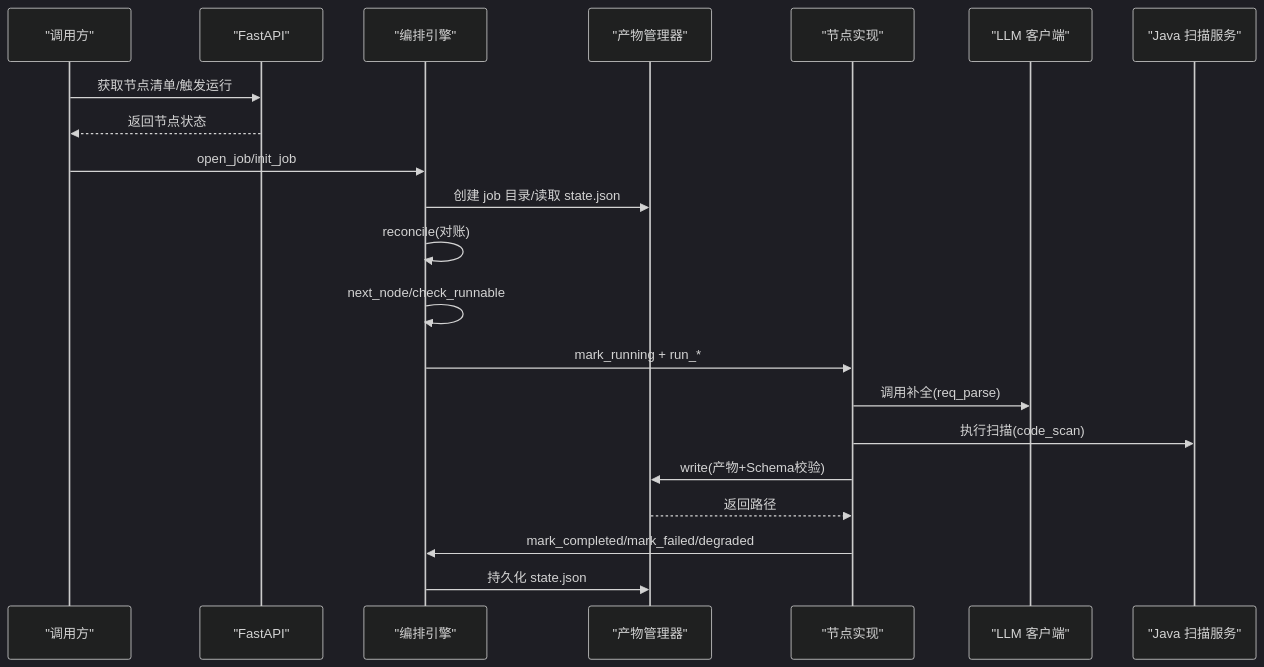
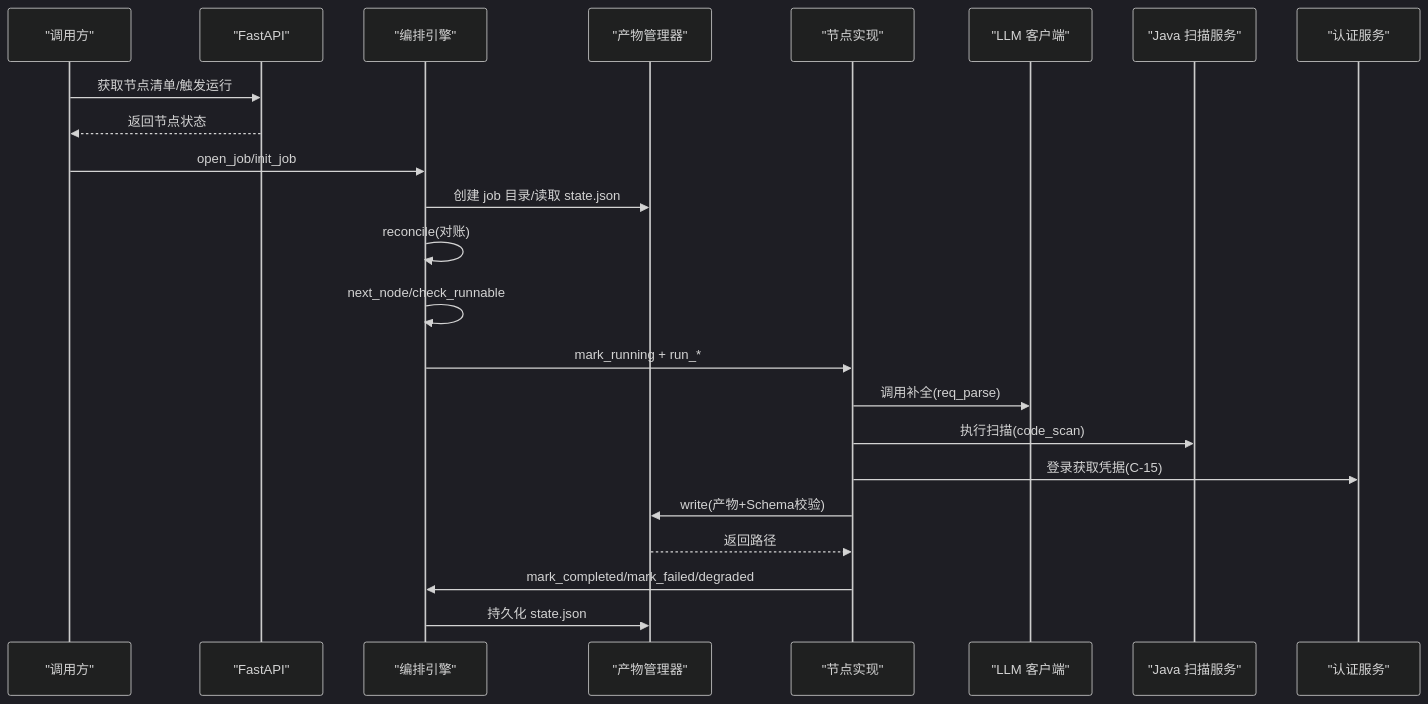
Before and after one commit to Joeyzheng001/LLM-AutoTest: the second of 11 diagrams in .qoder/repowiki/zh/content/项目概述/核心功能特性/核心功能特性.md, drawn with Mermaid (dark theme). The commit also changed other lines of this file and 94 other files, not shown here.

````diff
--- a/.qoder/repowiki/zh/content/项目概述/核心功能特性/核心功能特性.md
+++ b/.qoder/repowiki/zh/content/项目概述/核心功能特性/核心功能特性.md
@@ -89,23 +115,25 @@
 ```mermaid
 sequenceDiagram
 participant Client as "调用方"
 participant API as "FastAPI"
 participant Engine as "编排引擎"
 participant Store as "产物管理器"
 participant Node as "节点实现"
 participant LLM as "LLM 客户端"
 participant JP as "Java 扫描服务"
+participant Auth as "认证服务"
 Client->>API : 获取节点清单/触发运行
 API-->>Client : 返回节点状态
 Client->>Engine : open_job/init_job
 Engine->>Store : 创建 job 目录/读取 state.json
 Engine->>Engine : reconcile(对账)
 Engine->>Engine : next_node/check_runnable
 Engine->>Node : mark_running + run_*
 Node->>LLM : 调用补全(req_parse)
 Node->>JP : 执行扫描(code_scan)
+Node->>Auth : 登录获取凭据(C-15)
 Node->>Store : write(产物+Schema校验)
 Store-->>Node : 返回路径
 Node->>Engine : mark_completed/mark_failed/degraded
 Engine->>Store : 持久化 state.json
 ```
````
